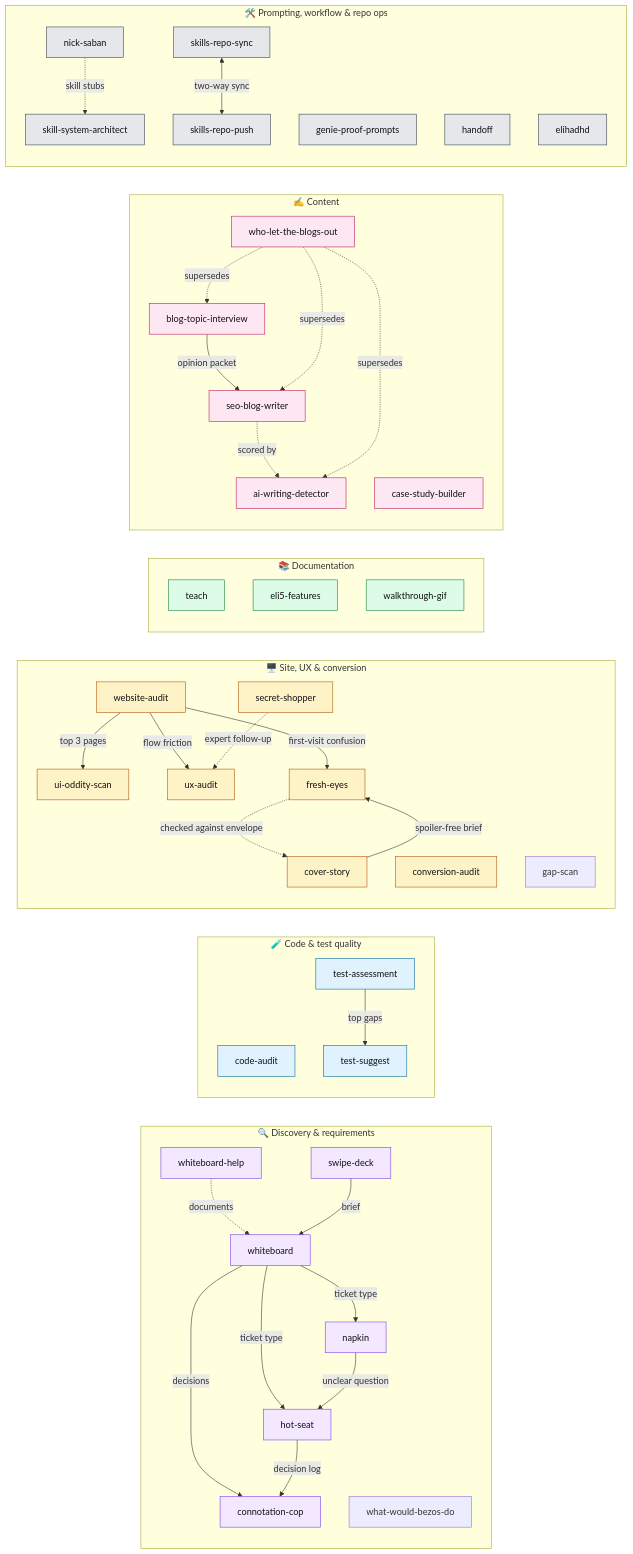
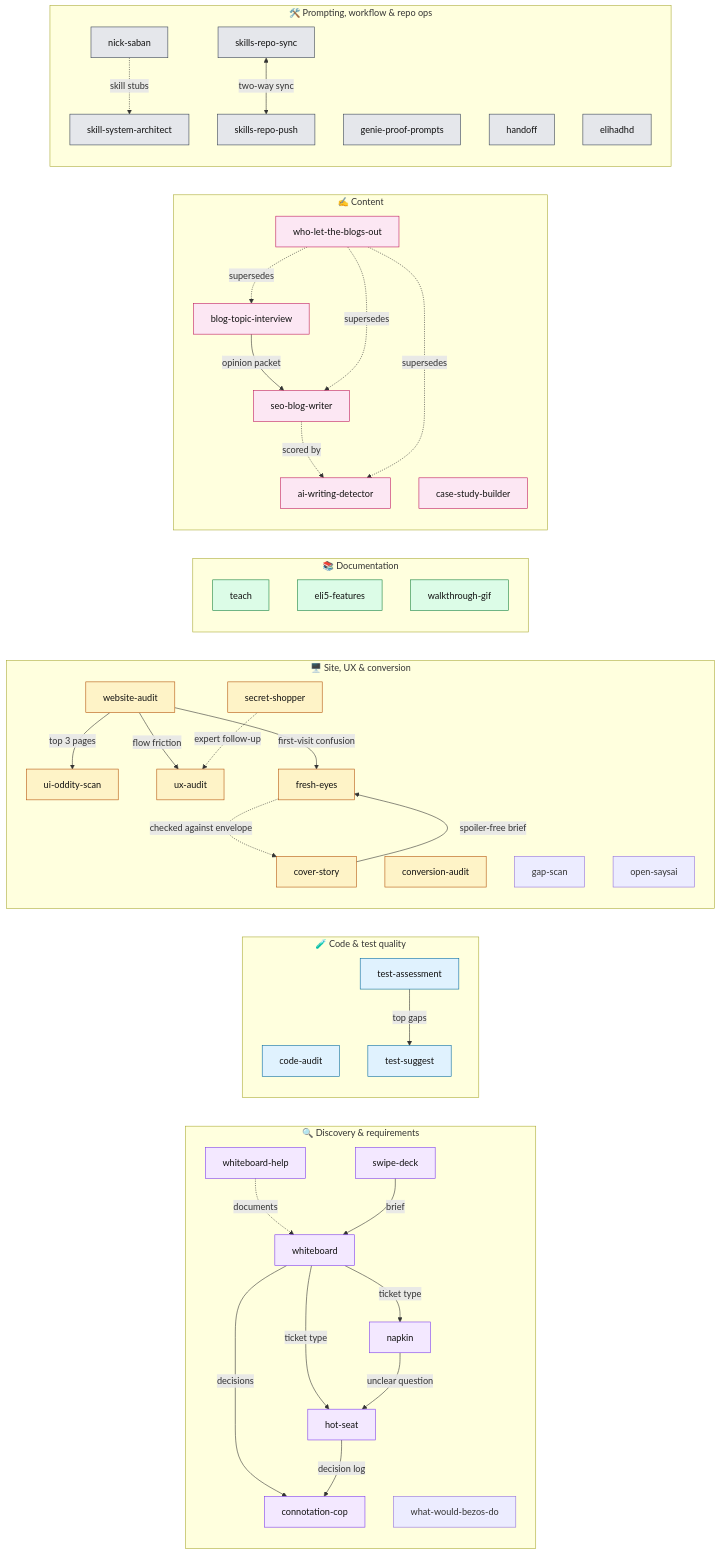
The diagram in README.md (Theycallmeholla/skills), drawn with Mermaid before and after one commit. The commit also changed other lines of this file and 8 other files, not shown here.

Commit message:
Add open-saysai: AI search visibility audit (crawler/WAF probe, citation readiness, ai_visibility_packet)

```diff
--- a/README.md
+++ b/README.md
@@ -72,6 +72,7 @@
         FE[fresh-eyes]
         CS[cover-story]
         SS[secret-shopper]
+        OSA[open-saysai]
     end
 
     subgraph DOC["📚 Documentation"]
```
